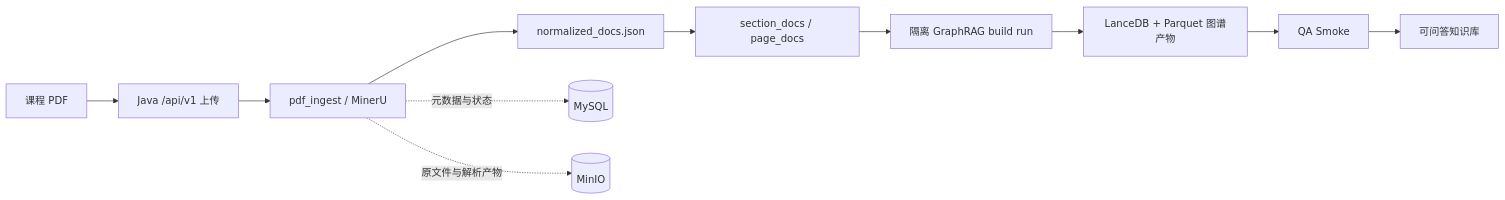
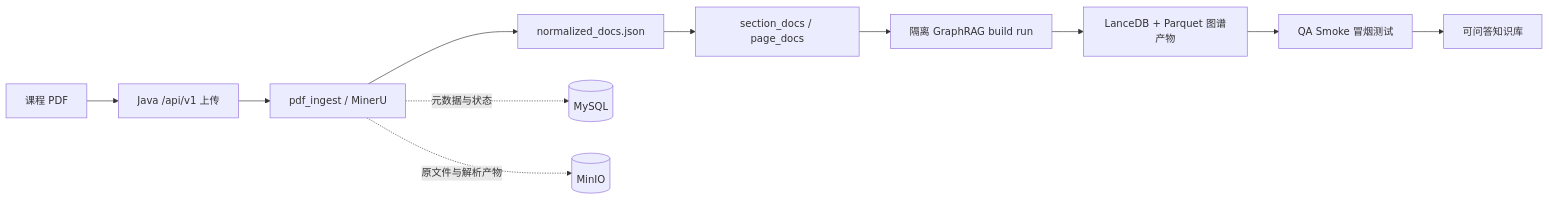
Before and after one commit to HardyLiu6/ckqa: the first of 4 diagrams in README.md, drawn with Mermaid. The commit also changed other lines of this file, not shown here.

````diff
--- a/README.md
+++ b/README.md
@@ -41,13 +50,13 @@
 ```mermaid
 flowchart LR
   PDF[课程 PDF] --> API[Java /api/v1 上传]
   API --> INGEST[pdf_ingest / MinerU]
   INGEST --> NORM[normalized_docs.json]
   NORM --> PROJ[section_docs / page_docs]
   PROJ --> BUILD[隔离 GraphRAG build run]
   BUILD --> INDEX[LanceDB + Parquet 图谱产物]
-  INDEX --> SMOKE[QA Smoke]
+  INDEX --> SMOKE[QA Smoke 冒烟测试]
   SMOKE --> READY[可问答知识库]
   INGEST -.元数据与状态.-> MYSQL[(MySQL)]
   INGEST -.原文件与解析产物.-> MINIO[(MinIO)]
 ```
````
